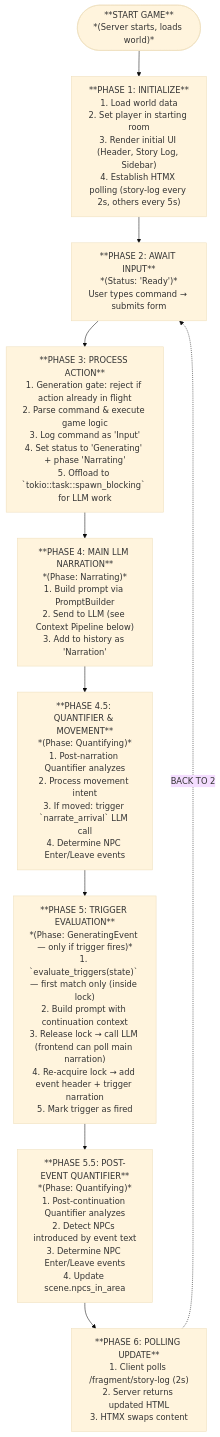
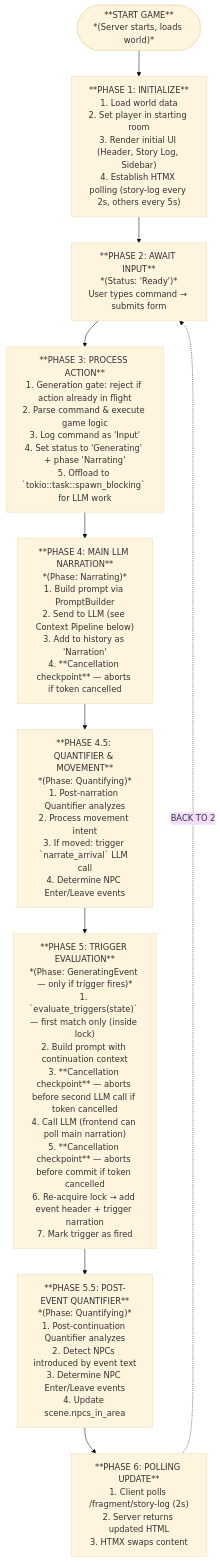
Before and after one commit to notsonormal/chronicler-engine: the first of 3 diagrams in chronicler_engine/docs/system/game_flow.md, drawn with Mermaid (base theme). The commit also changed 12 other files, not shown here.

````diff
--- a/chronicler_engine/docs/system/game_flow.md
+++ b/chronicler_engine/docs/system/game_flow.md
@@ -11,30 +11,30 @@
 ```mermaid
 flowchart TD
     Start(["**START GAME**<br>*(Server starts, loads world)*"])
     
     Phase1["**PHASE 1: INITIALIZE**<br>1. Load world data<br>2. Set player in starting room<br>3. Render initial UI (Header, Story Log, Sidebar)<br>4. Establish HTMX polling (story-log every 2s, others every 5s)"]
     
     Phase2["**PHASE 2: AWAIT INPUT**<br>*(Status: 'Ready')*<br>User types command → submits form"]
     
     Phase3["**PHASE 3: PROCESS ACTION**<br>1. Generation gate: reject if action already in flight<br>2. Parse command & execute game logic<br>3. Log command as 'Input'<br>4. Set status to 'Generating' + phase 'Narrating'<br>5. Offload to `tokio::task::spawn_blocking` for LLM work"]
     
-    Phase4["**PHASE 4: MAIN LLM NARRATION**<br>*(Phase: Narrating)*<br>1. Build prompt via PromptBuilder<br>2. Send to LLM (see Context Pipeline below)<br>3. Add to history as 'Narration'"]
+    Phase4["**PHASE 4: MAIN LLM NARRATION**<br>*(Phase: Narrating)*<br>1. Build prompt via PromptBuilder<br>2. Send to LLM (see Context Pipeline below)<br>3. Add to history as 'Narration'<br>4. **Cancellation checkpoint** — aborts if token cancelled"]
     
     Phase45["**PHASE 4.5: QUANTIFIER & MOVEMENT**<br>*(Phase: Quantifying)*<br>1. Post-narration Quantifier analyzes<br>2. Process movement intent<br>3. If moved: trigger `narrate_arrival` LLM call<br>4. Determine NPC Enter/Leave events"]
     
-    Phase5["**PHASE 5: TRIGGER EVALUATION**<br>*(Phase: GeneratingEvent — only if trigger fires)*<br>1. `evaluate_triggers(state)` — first match only (inside lock)<br>2. Build prompt with continuation context<br>3. Release lock → call LLM (frontend can poll main narration)<br>4. Re-acquire lock → add event header + trigger narration<br>5. Mark trigger as fired"]
+    Phase5["**PHASE 5: TRIGGER EVALUATION**<br>*(Phase: GeneratingEvent — only if trigger fires)*<br>1. `evaluate_triggers(state)` — first match only (inside lock)<br>2. Build prompt with continuation context<br>3. **Cancellation checkpoint** — aborts before second LLM call if token cancelled<br>4. Call LLM (frontend can poll main narration)<br>5. **Cancellation checkpoint** — aborts before commit if token cancelled<br>6. Re-acquire lock → add event header + trigger narration<br>7. Mark trigger as fired"]
 
     Phase55["**PHASE 5.5: POST-EVENT QUANTIFIER**<br>*(Phase: Quantifying)*<br>1. Post-continuation Quantifier analyzes<br>2. Detect NPCs introduced by event text<br>3. Determine NPC Enter/Leave events<br>4. Update scene.npcs_in_area"]
     
     Phase6["**PHASE 6: POLLING UPDATE**<br>1. Client polls /fragment/story-log (2s)<br>2. Server returns updated HTML<br>3. HTMX swaps content"]
 
     Start --> Phase1
     Phase1 --> Phase2
     Phase2 --> Phase3
     Phase3 --> Phase4
     Phase4 --> Phase45
     Phase45 --> Phase5
     Phase5 --> Phase55
     Phase55 --> Phase6
     Phase6 -.->|BACK TO 2| Phase2
 ```
````
